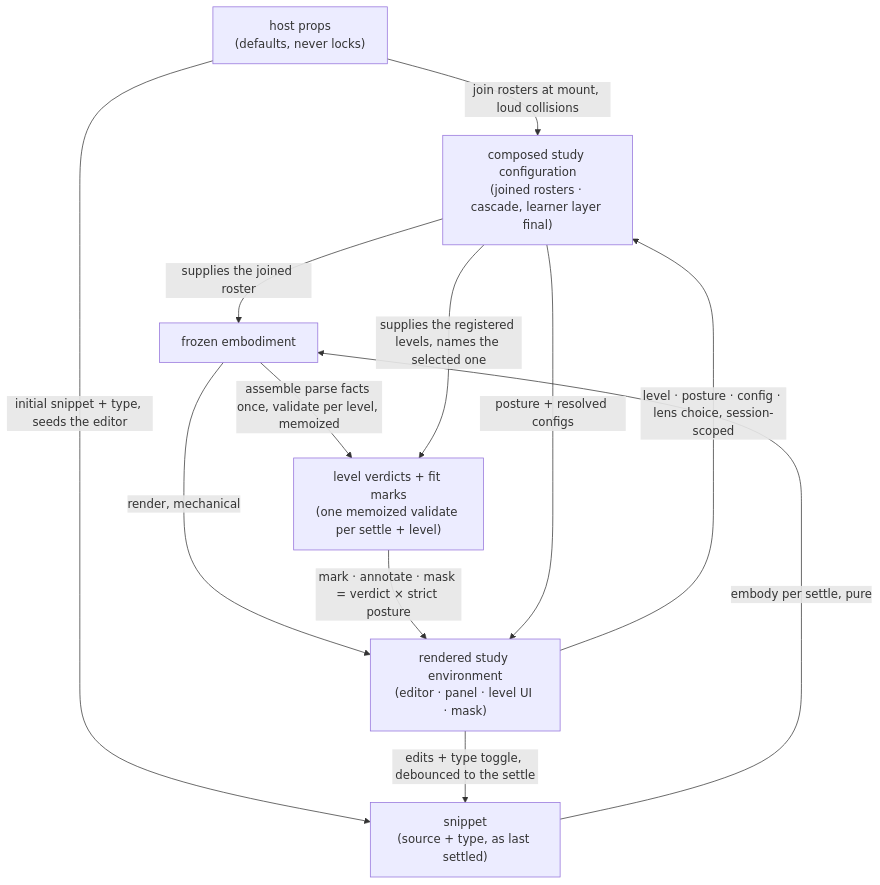
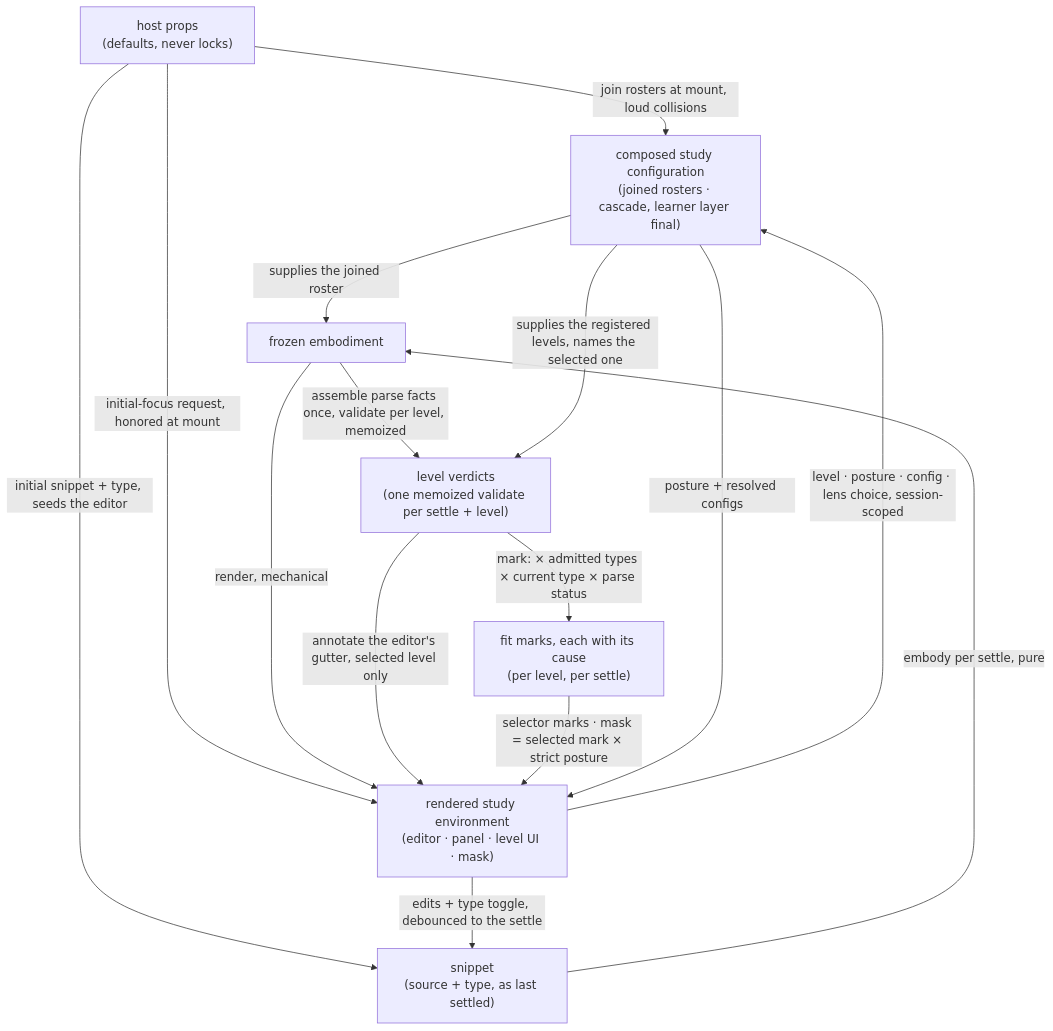
The diagram in src/lib/study-lenses/orchestrate/DOCS.md (codeschoolinabox/curricula), drawn with Mermaid before and after one commit. The commit also changed other lines of this file and 21 other files, not shown here.

````diff
--- a/src/lib/study-lenses/orchestrate/DOCS.md
+++ b/src/lib/study-lenses/orchestrate/DOCS.md
@@ -52,20 +53,24 @@
 ```mermaid
 flowchart TD
     PROPS["host props<br/>(defaults, never locks)"]
     CFG["composed study configuration<br/>(joined rosters · cascade, learner layer final)"]
     SNP["snippet<br/>(source + type, as last settled)"]
     EMB["frozen embodiment"]
-    VER["level verdicts + fit marks<br/>(one memoized validate per settle + level)"]
+    VER["level verdicts<br/>(one memoized validate per settle + level)"]
+    MARKS["fit marks, each with its cause<br/>(per level, per settle)"]
     SUR["rendered study environment<br/>(editor · panel · level UI · mask)"]
     PROPS -->|"join rosters at mount, loud collisions"| CFG
     PROPS -->|"initial snippet + type, seeds the editor"| SNP
+    PROPS -->|"initial-focus request, honored at mount"| SUR
     SNP -->|"embody per settle, pure"| EMB
     CFG -->|"supplies the joined roster"| EMB
     EMB -->|"assemble parse facts once, validate per level, memoized"| VER
     CFG -->|"supplies the registered levels, names the selected one"| VER
+    VER -->|"mark: × admitted types × current type × parse status"| MARKS
     EMB -->|"render, mechanical"| SUR
-    VER -->|"mark · annotate · mask = verdict × strict posture"| SUR
+    VER -->|"annotate the editor's gutter, selected level only"| SUR
+    MARKS -->|"selector marks · mask = selected mark × strict posture"| SUR
     CFG -->|"posture + resolved configs"| SUR
     SUR -->|"edits + type toggle, debounced to the settle"| SNP
     SUR -->|"level · posture · config · lens choice, session-scoped"| CFG
 ```
````
